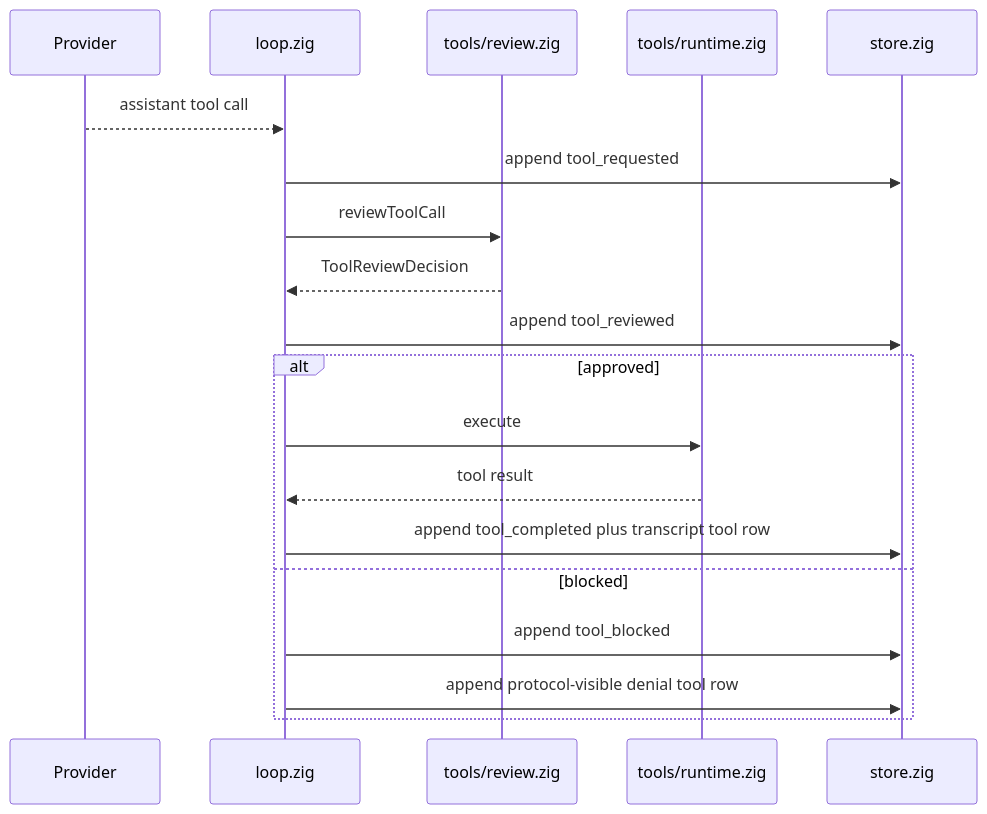
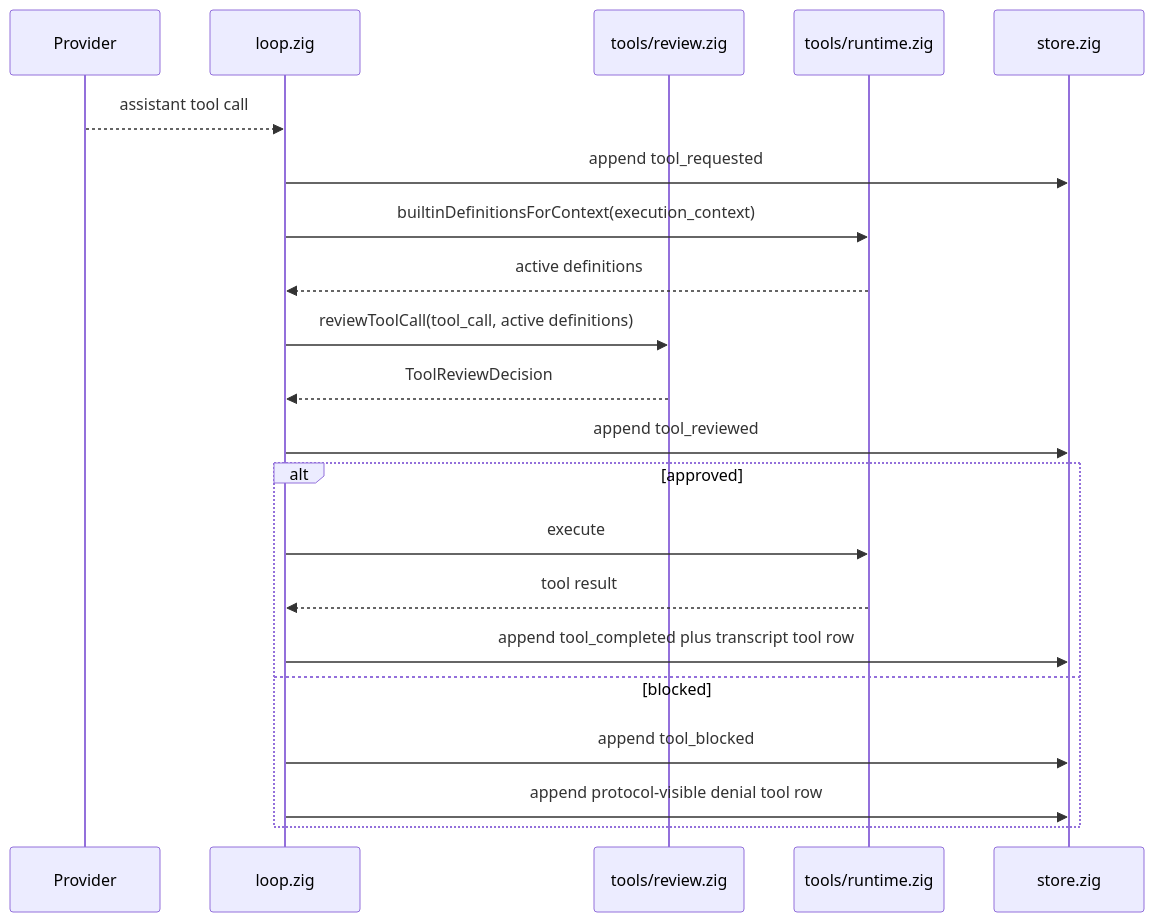
One commit to savageops/VANTARI-ONE changed the sixth of 8 diagrams in apps/backend/variant-1/architecture.md. Above: the diagram before and after it, drawn with Mermaid. The commit also changed other lines of this file and 21 other files, not shown here.

First line of the commit message:
refactor(var1): derive tool review risk from catalog metadata

````diff
--- a/apps/backend/variant-1/architecture.md
+++ b/apps/backend/variant-1/architecture.md
@@ -191,22 +191,24 @@
 ```mermaid
 sequenceDiagram
   participant P as Provider
   participant L as loop.zig
   participant R as tools/review.zig
   participant T as tools/runtime.zig
   participant S as store.zig
 
   P-->>L: assistant tool call
   L->>S: append tool_requested
-  L->>R: reviewToolCall
+  L->>T: builtinDefinitionsForContext(execution_context)
+  T-->>L: active definitions
+  L->>R: reviewToolCall(tool_call, active definitions)
   R-->>L: ToolReviewDecision
   L->>S: append tool_reviewed
   alt approved
     L->>T: execute
     T-->>L: tool result
     L->>S: append tool_completed plus transcript tool row
   else blocked
     L->>S: append tool_blocked
     L->>S: append protocol-visible denial tool row
   end
 ```
````
